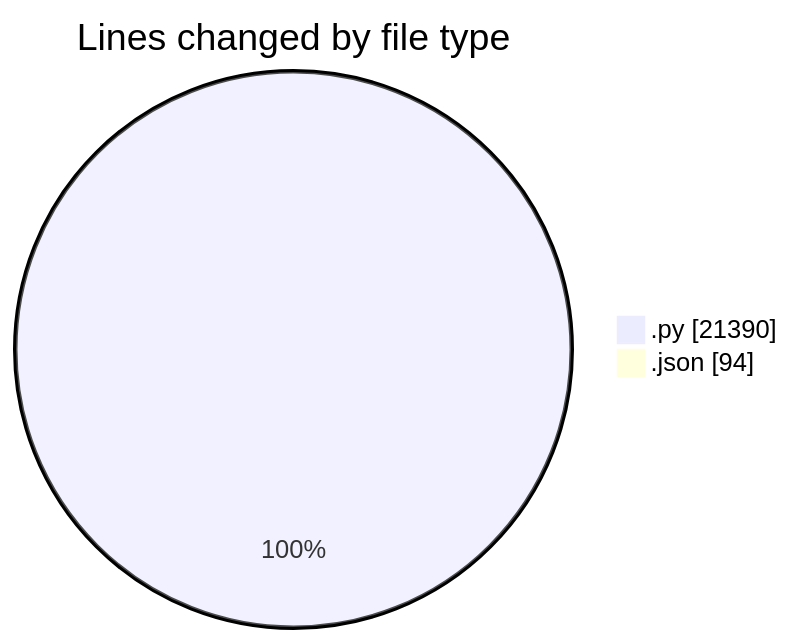
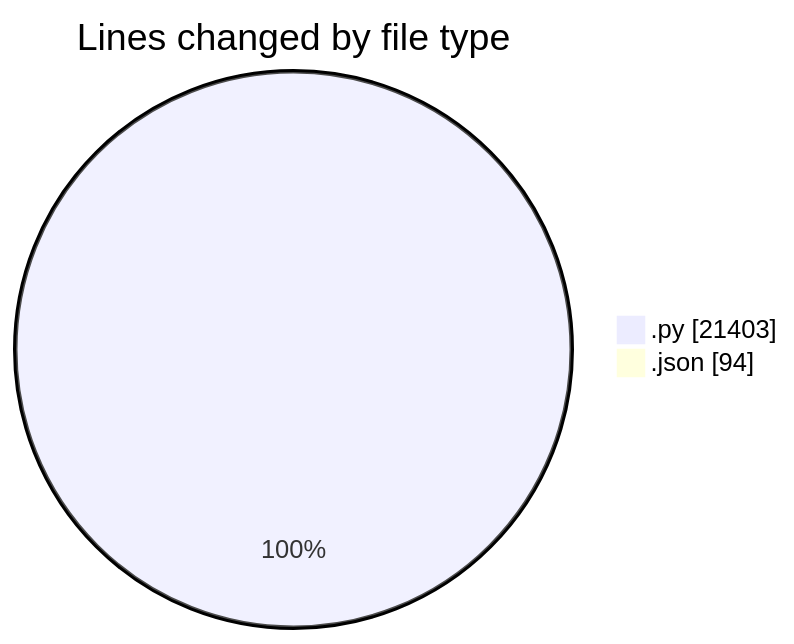
Before and after one commit to jrari/code-tracking: the first of 2 diagrams in 2025-07-14/telebot/README.md, drawn with Mermaid. The commit also changed other lines of this file and 1 other file, not shown here.

````diff
--- a/2025-07-14/telebot/README.md
+++ b/2025-07-14/telebot/README.md
@@ -46,6 +46,6 @@
 ```mermaid
 pie showData
 title Lines changed by file type
-".py" : 21390
+".py" : 21403
 ".json" : 94
 ```
````
